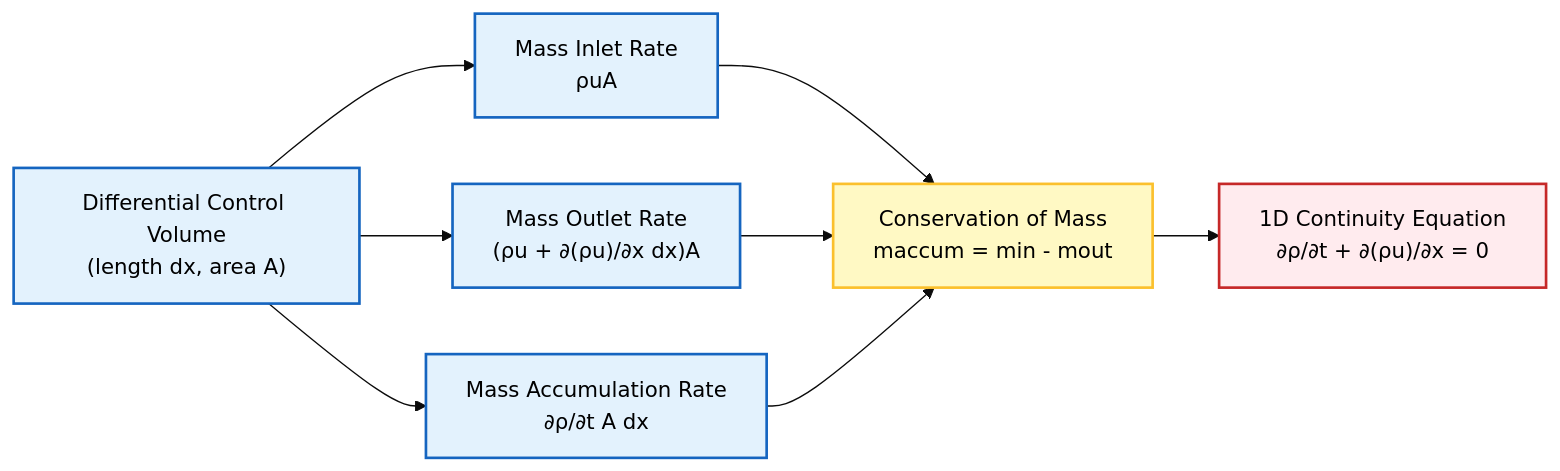
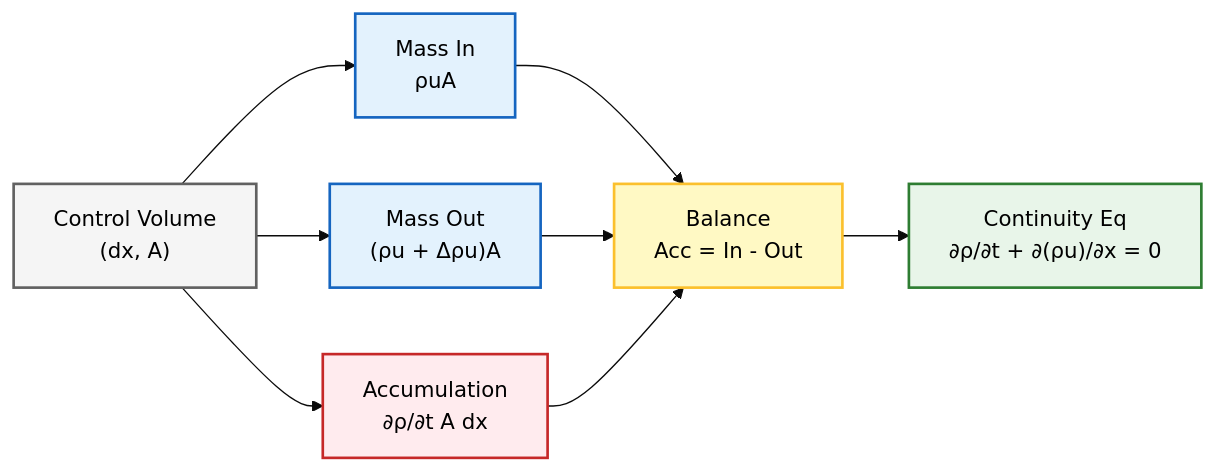
One commit to wramet/build-my-cfd changed the first of 5 diagrams in MODULE_01_CFD_FUNDAMENTALS/CONTENT/01_GOVERNING_EQUATIONS/09_Exercises.md. Above: the diagram before and after it, drawn with Mermaid (base theme). The commit also changed other lines of this file and 313 other files, not shown here.

Commit message:
Revise all diagram

````diff
--- a/MODULE_01_CFD_FUNDAMENTALS/CONTENT/01_GOVERNING_EQUATIONS/09_Exercises.md
+++ b/MODULE_01_CFD_FUNDAMENTALS/CONTENT/01_GOVERNING_EQUATIONS/09_Exercises.md
@@ -17,19 +17,17 @@
 ```mermaid
 graph LR
-    A["Differential Control Volume<br/>(length dx, area A)"] --> B["Mass Inlet Rate<br/>ρuA"]
-    A --> C["Mass Outlet Rate<br/>(ρu + ∂(ρu)/∂x dx)A"]
-    A --> D["Mass Accumulation Rate<br/>∂ρ/∂t A dx"]
-    B --> E["Conservation of Mass<br/>maccum = min - mout"]
-    C --> E
-    D --> E
-    E --> F["1D Continuity Equation<br/>∂ρ/∂t + ∂(ρu)/∂x = 0"]
+A["Control Volume<br/>(dx, A)"]:::context --> B["Mass In<br/>ρuA"]:::implicit
+A --> C["Mass Out<br/>(ρu + Δρu)A"]:::implicit
+A --> D["Accumulation<br/>∂ρ/∂t A dx"]:::volatile
+B --> E["Balance<br/>Acc = In - Out"]:::explicit
+C --> E
+D --> E
 
-    %% Styling Definitions
-    classDef process fill:#e3f2fd,stroke:#1565c0,stroke-width:2px,color:#000;
-    classDef decision fill:#fff9c4,stroke:#fbc02d,stroke-width:2px,color:#000;
-    classDef terminator fill:#ffebee,stroke:#c62828,stroke-width:2px,color:#000;
-    classDef storage fill:#e8f5e9,stroke:#2e7d32,stroke-width:2px,color:#000;
-    class A,B,C,D process
-    class E decision
-    class F terminator
+E --> F["Continuity Eq<br/>∂ρ/∂t + ∂(ρu)/∂x = 0"]:::success
+
+classDef context fill:#f5f5f5,stroke:#616161,stroke-width:2px,color:#000;
+classDef implicit fill:#e3f2fd,stroke:#1565c0,stroke-width:2px,color:#000;
+classDef explicit fill:#fff9c4,stroke:#fbc02d,stroke-width:2px,color:#000;
+classDef volatile fill:#ffebee,stroke:#c62828,stroke-width:2px,color:#000;
+classDef success fill:#e8f5e9,stroke:#2e7d32,stroke-width:2px,color:#000;
 ```
````
